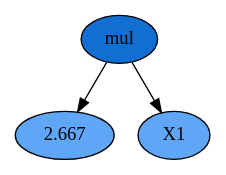
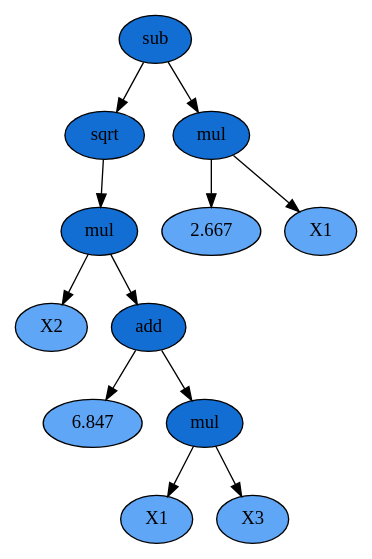
Before and after one commit to hhhtzh/Proct511111: the diagram in Source.gv, drawn with Graphviz. The commit also changed 5 other files, not shown here.

```diff
--- a/Source.gv
+++ b/Source.gv
@@ -1,8 +1,26 @@
 digraph program {
 node [style=filled]
-0 [label="mul", fillcolor="#136ed4"] ;
-1 [label="2.667", fillcolor="#60a6f6"] ;
-2 [label="X1", fillcolor="#60a6f6"] ;
-0 -> 2 ;
+0 [label="sub", fillcolor="#136ed4"] ;
+1 [label="sqrt", fillcolor="#136ed4"] ;
+2 [label="mul", fillcolor="#136ed4"] ;
+3 [label="X2", fillcolor="#60a6f6"] ;
+4 [label="add", fillcolor="#136ed4"] ;
+5 [label="6.847", fillcolor="#60a6f6"] ;
+6 [label="mul", fillcolor="#136ed4"] ;
+7 [label="X1", fillcolor="#60a6f6"] ;
+8 [label="X3", fillcolor="#60a6f6"] ;
+6 -> 8 ;
+6 -> 7 ;
+4 -> 6 ;
+4 -> 5 ;
+2 -> 4 ;
+2 -> 3 ;
+1 -> 2 ;
+9 [label="mul", fillcolor="#136ed4"] ;
+10 [label="2.667", fillcolor="#60a6f6"] ;
+11 [label="X1", fillcolor="#60a6f6"] ;
+9 -> 11 ;
+9 -> 10 ;
+0 -> 9 ;
 0 -> 1 ;
 }
```
